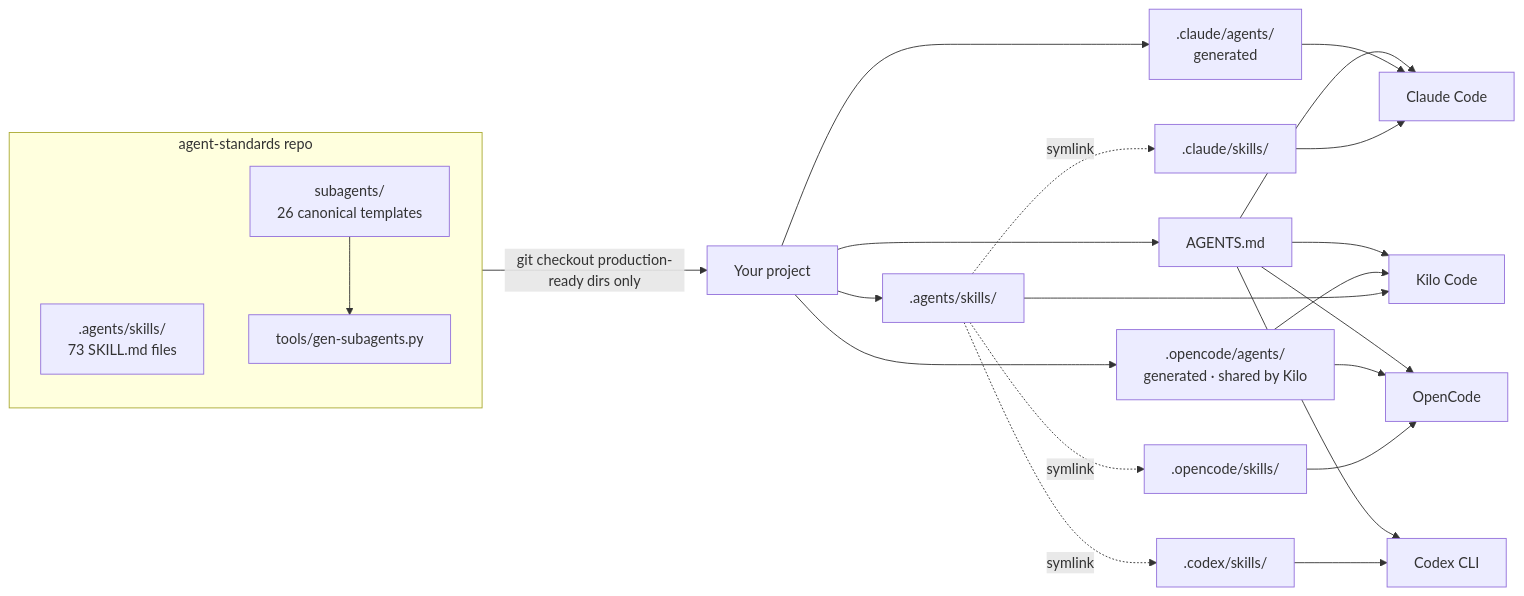
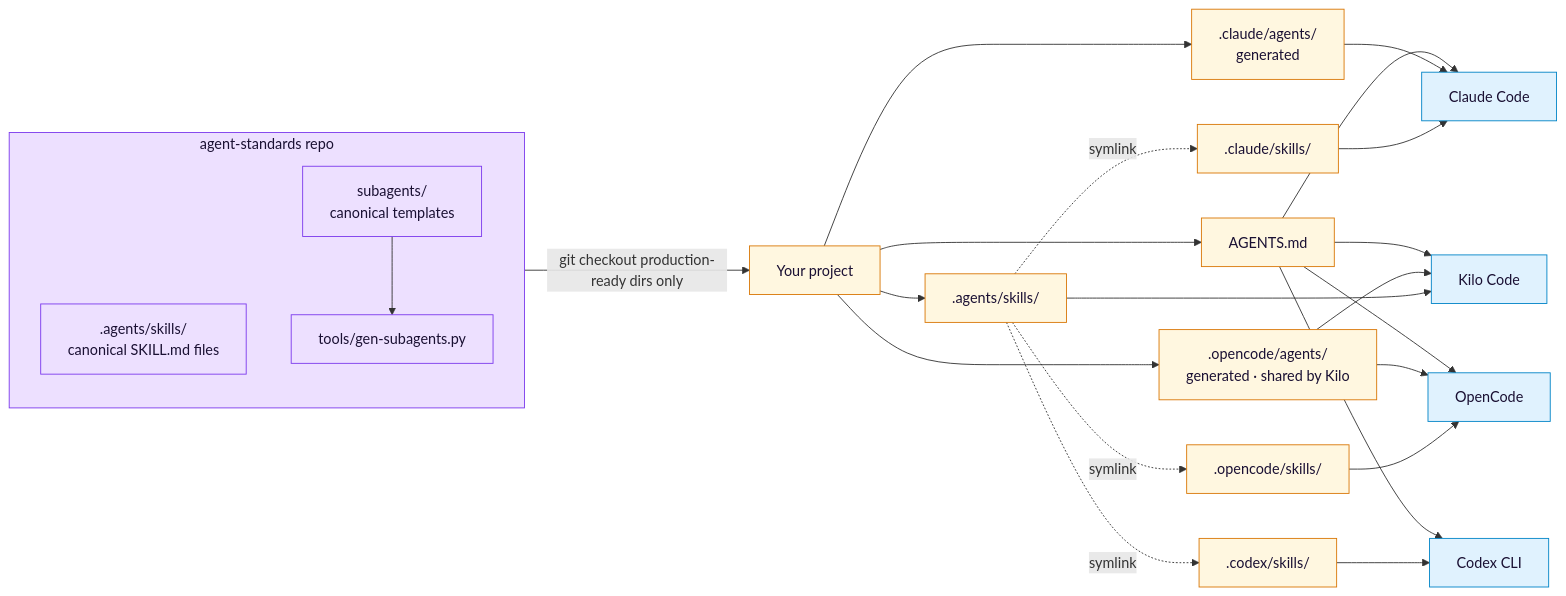
One commit to Lukk17/agent-standards changed the diagram in README.md. Above: the diagram before and after it, drawn with Mermaid. The commit also changed other lines of this file and 6 other files, not shown here.

````diff
--- a/README.md
+++ b/README.md
@@ -53,28 +70,35 @@
 ```mermaid
 graph LR
     subgraph AS[agent-standards repo]
-      ASK[.agents/skills/<br/>73 SKILL.md files]
-      SU[subagents/<br/>26 canonical templates]
+      ASK[.agents/skills/<br/>canonical SKILL.md files]
+      SU[subagents/<br/>canonical templates]
       GEN[tools/gen-subagents.py]
       SU --> GEN
     end
     AS -->|git checkout production-ready dirs only| P[Your project]
     P --> SK[.agents/skills/]
     P --> CA[.claude/agents/<br/>generated]
     P --> OA[.opencode/agents/<br/>generated · shared by Kilo]
     P --> AG[AGENTS.md]
     SK -.symlink.-> CL[.claude/skills/]
     SK -.symlink.-> OC[.opencode/skills/]
     SK -.symlink.-> CX[.codex/skills/]
     CL --> Claude[Claude Code]
     SK --> Kilo[Kilo Code]
     OC --> OpenCode[OpenCode]
     CX --> Codex[Codex CLI]
     CA --> Claude
     OA --> Kilo
     OA --> OpenCode
     AG --> Claude
     AG --> Kilo
     AG --> OpenCode
     AG --> Codex
+
+    classDef src fill:#ede0ff,stroke:#7c3aed,color:#1a1033
+    classDef consumer fill:#fff7e0,stroke:#d97706,color:#1a1033
+    classDef tool fill:#e0f2fe,stroke:#0284c7,color:#1a1033
+    class AS,ASK,SU,GEN src
+    class P,SK,CA,OA,AG,CL,OC,CX consumer
+    class Claude,Kilo,OpenCode,Codex tool
 ```
````
